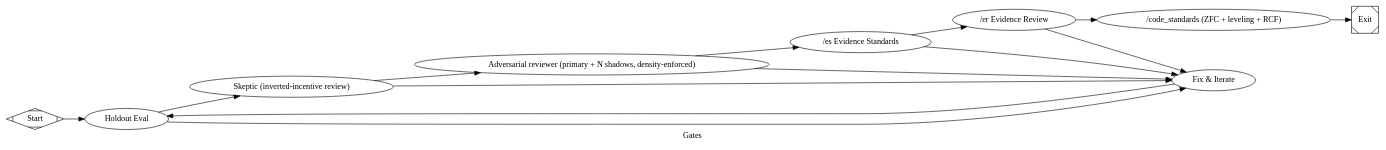
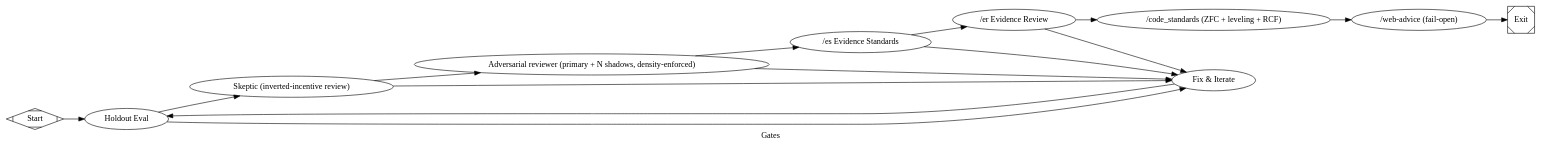
One commit to jleechanorg/dark-factory changed the diagram in pipelines/factory/gates.dot. Above: the diagram before and after it, drawn with Graphviz. The commit also changed 22 other files, not shown here.

First line of the commit message:
[antig] feat(pipelines): fold web_advice failopen node into pr_gates, gates, and minimal_pr

```diff
--- a/pipelines/factory/gates.dot
+++ b/pipelines/factory/gates.dot
@@ -1,90 +1,107 @@
 digraph gates {
     graph [
         goal="Full validation: holdout + 3 adversarial gates."
         level5="true"
         label="Gates"
         skip_explore="true"
         skip_plan="true"
         skip_implement="true"
     ]
     rankdir=LR
 
     start [shape=Mdiamond, label="Start"]
     exit  [shape=Msquare,  label="Exit"]
 
     holdout         [type="holdout_eval",        label="Holdout Eval", feature="hello", timeout=600]
     gate_skeptic [
         type="gate_skeptic",
         label="Skeptic (inverted-incentive review)",
         backend_priority="codex,minimax,agy,claude-sonnet",
         prefer_adversarial="true",
         timeout=600
     ]
     adversarial_reviewer [
         type="parallel_reviewer",
         label="Adversarial reviewer (primary + N shadows, density-enforced)",
         review_contract="cold-review-v1",
         prompt="@prompts/slim/review_phase5_shadow.md",
         backend_priority="minimax,agy,codex,claude-sonnet",
         prefer_adversarial="true",
         n_shadows="3",
         gate_strict="true",
         receipt_required="true",
         timeout=600
     ]
     gate_es [
         type="gate_es",
         label="/es Evidence Standards",
         backend_priority="codex,minimax,agy,claude-sonnet",
         prefer_adversarial="true",
         gate_strict="true",
         timeout=600
     ]
     gate_er [
         type="gate_er",
         label="/er Evidence Review",
         backend_priority="codex,minimax,agy,claude-sonnet",
         prefer_adversarial="true",
         gate_strict="true",
         timeout=600
     ]
     gate_cs [
         type="gate_code_standards",
         label="/code_standards (ZFC + leveling + RCF)",
         backend_priority="codex,minimax,agy,claude-sonnet",
         prefer_adversarial="true",
         gate_strict="true",
         timeout=600
     ]
 
+    // /web-advice fail-open advisory node
+    web_advice [
+        type="web_advice",
+        label="/web-advice (fail-open)",
+        prompt="@prompts/web_advice.txt",
+        backend="claude",
+        timeout=900,
+        min_diff_lines="5",
+        transport="auto",
+        decision="continue",
+        fail_open="true",
+        description="Multi-model browser review (gemini/grok/chatgpt/perplexity) via real authenticated browser sessions. FAIL-OPEN: never blocks. Signal goes to CXDB + PR comment."
+    ]
+
     // Bounded fix loop: any reviewer verdict other than success routes here
     // so the run can iterate on the artifact rather than terminating on a
     // first failure (per factory-evolve G2 fix-loop contract).
     fix [
         type="codergen",
         label="Fix & Iterate",
         class="fix",
         prompt="@prompts/slim/fix.md",
         max_visits="3",
         timeout=600
     ]
 
     start -> holdout
     holdout -> gate_skeptic [condition="outcome=success"]
     holdout -> fix         [condition="outcome!=success"]
 
     gate_skeptic -> adversarial_reviewer [condition="outcome=success"]
     gate_skeptic -> fix                  [condition="outcome!=success"]
 
     adversarial_reviewer -> gate_es [condition="outcome=success"]
     adversarial_reviewer -> fix     [condition="outcome!=success"]
 
     gate_es -> gate_er [condition="outcome=success"]
     gate_es -> fix     [condition="outcome!=success"]
 
     gate_er -> gate_cs [condition="outcome=success"]
     gate_er -> fix     [condition="outcome!=success"]
 
-    gate_cs -> exit
+    gate_cs -> web_advice [condition="outcome=success"]
+
+    // Fail-open heart: single unconditional edge to exit.
+    web_advice -> exit
     fix -> holdout
 }
```
